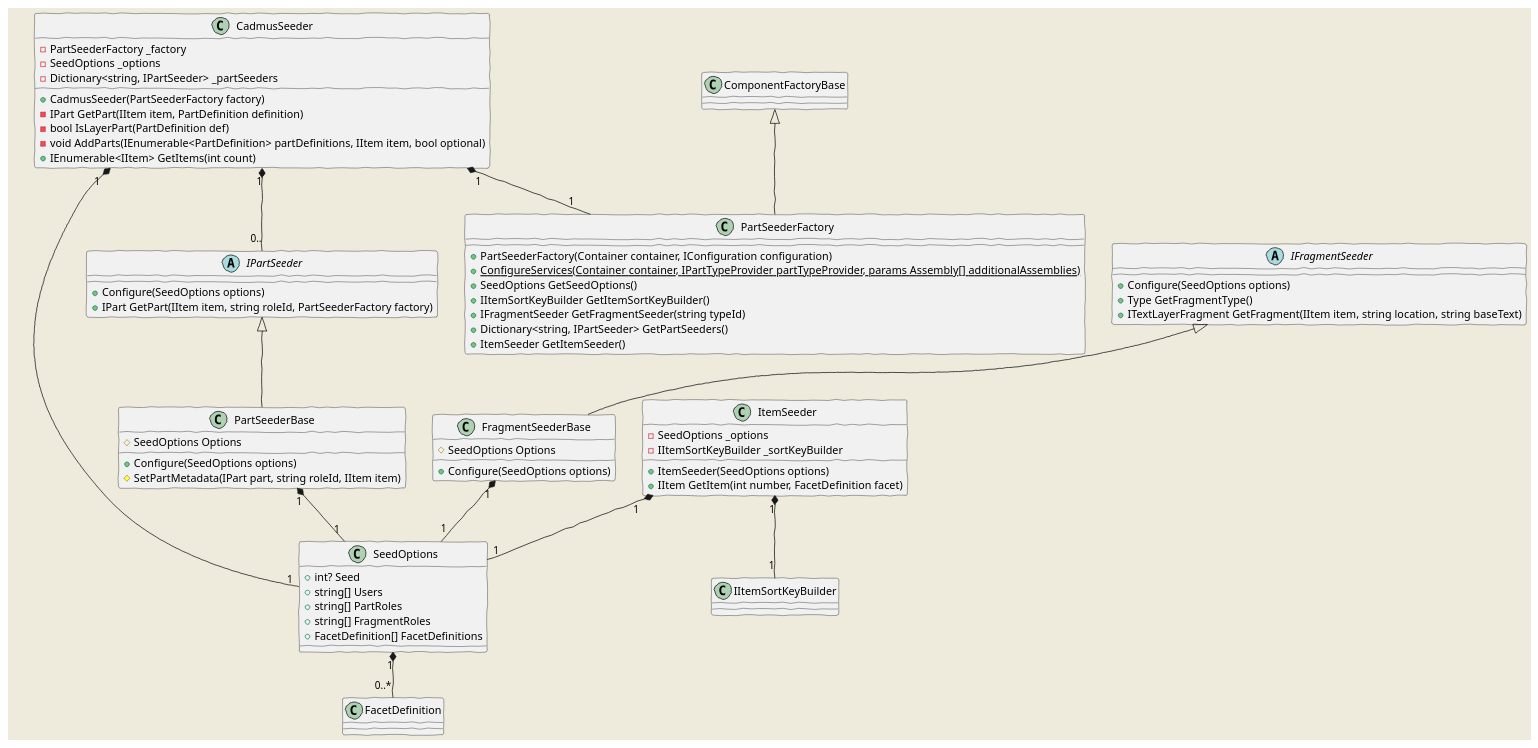
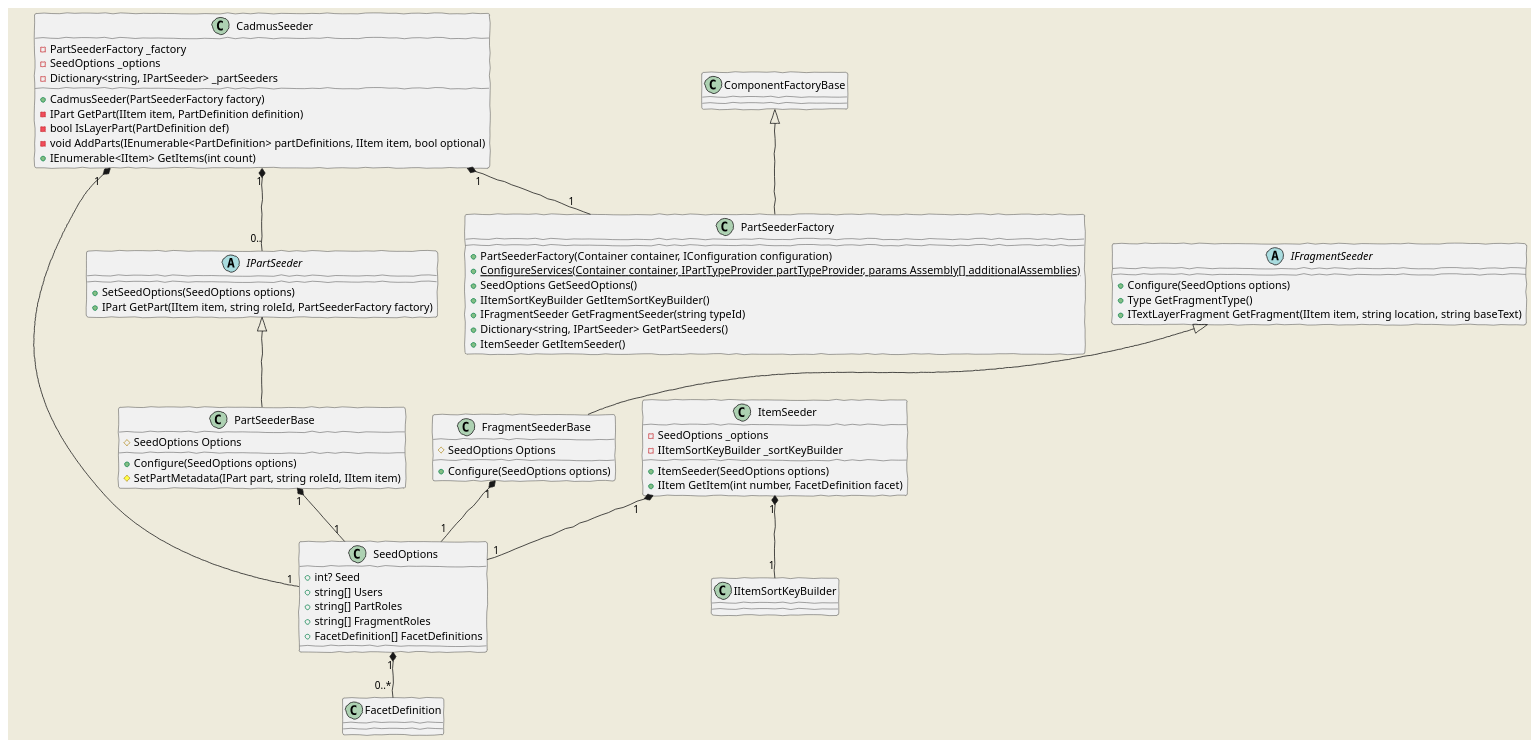
Before and after one commit to vedph/cadmus_core: the diagram in Doc/seeding.md, drawn with PlantUML. The commit also changed 8 other files, not shown here.

````diff
--- a/Doc/seeding.md
+++ b/Doc/seeding.md
@@ -11,71 +11,71 @@
 ```plantuml
 @startuml
     skinparam backgroundColor #EEEBDC
     skinparam handwritten true
 
     SeedOptions "1"*--"0..*" FacetDefinition
 
     SeedOptions : +int? Seed
     SeedOptions : +string[] Users
     SeedOptions : +string[] PartRoles
     SeedOptions : +string[] FragmentRoles
     SeedOptions : +FacetDefinition[] FacetDefinitions
 
     ComponentFactoryBase <|-- PartSeederFactory
 
     PartSeederFactory : +PartSeederFactory(Container container, IConfiguration configuration)
     PartSeederFactory : +{static} ConfigureServices(Container container, IPartTypeProvider partTypeProvider, params Assembly[] additionalAssemblies)
     PartSeederFactory : +SeedOptions GetSeedOptions()
     PartSeederFactory : +IItemSortKeyBuilder GetItemSortKeyBuilder()
     PartSeederFactory : +IFragmentSeeder GetFragmentSeeder(string typeId)
     PartSeederFactory : +Dictionary<string, IPartSeeder> GetPartSeeders()
     PartSeederFactory : +ItemSeeder GetItemSeeder()
 
     ItemSeeder "1"*--"1" SeedOptions
     ItemSeeder "1"*--"1" IItemSortKeyBuilder
 
     ItemSeeder : -SeedOptions _options
     ItemSeeder : -IItemSortKeyBuilder _sortKeyBuilder
     ItemSeeder : +ItemSeeder(SeedOptions options)
     ItemSeeder : +IItem GetItem(int number, FacetDefinition facet)
 
     abstract class IPartSeeder
 
-    IPartSeeder : +Configure(SeedOptions options)
+    IPartSeeder : +SetSeedOptions(SeedOptions options)
     IPartSeeder : +IPart GetPart(IItem item, string roleId, PartSeederFactory factory)
 
     IPartSeeder <|-- PartSeederBase
 
     PartSeederBase "1"*--"1" SeedOptions
 
     PartSeederBase : #SeedOptions Options
     PartSeederBase : +Configure(SeedOptions options)
     PartSeederBase : #SetPartMetadata(IPart part, string roleId, IItem item)
 
     abstract class IFragmentSeeder
 
     IFragmentSeeder : +Configure(SeedOptions options)
     IFragmentSeeder : +Type GetFragmentType()
     IFragmentSeeder : +ITextLayerFragment GetFragment(IItem item, string location, string baseText)
 
     IFragmentSeeder <|-- FragmentSeederBase
 
     FragmentSeederBase "1"*--"1" SeedOptions
 
     FragmentSeederBase : #SeedOptions Options
     FragmentSeederBase : +Configure(SeedOptions options)
 
     CadmusSeeder "1"*--"1" PartSeederFactory
     CadmusSeeder "1"*--"1" SeedOptions
     CadmusSeeder "1"*--"0.." IPartSeeder
 
     CadmusSeeder : -PartSeederFactory _factory
     CadmusSeeder : -SeedOptions _options
     CadmusSeeder : -Dictionary<string, IPartSeeder> _partSeeders
     CadmusSeeder : +CadmusSeeder(PartSeederFactory factory)
     CadmusSeeder : -IPart GetPart(IItem item, PartDefinition definition)
     CadmusSeeder : -bool IsLayerPart(PartDefinition def)
     CadmusSeeder : -void AddParts(IEnumerable<PartDefinition> partDefinitions, IItem item, bool optional)
     CadmusSeeder : +IEnumerable<IItem> GetItems(int count)
 @enduml
 ```
````
